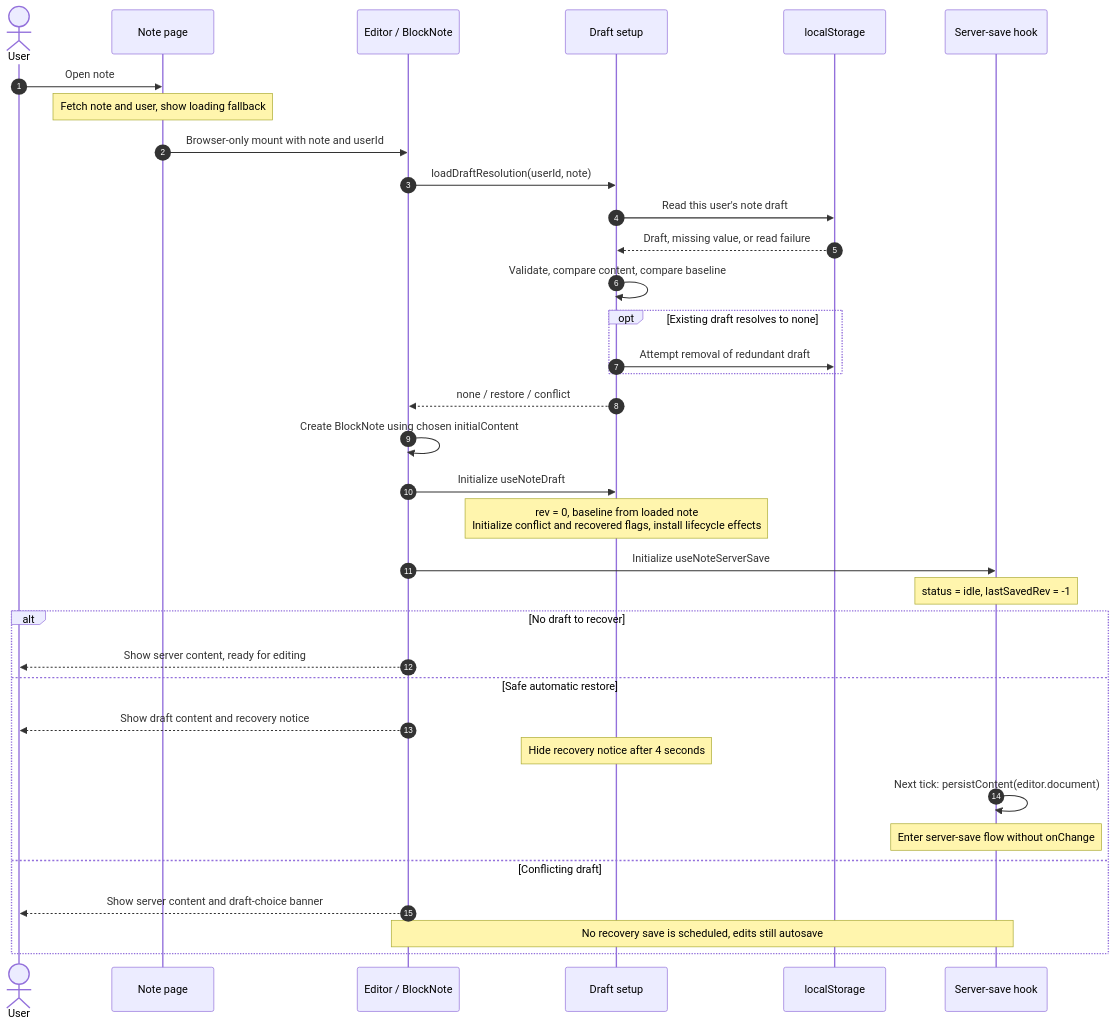
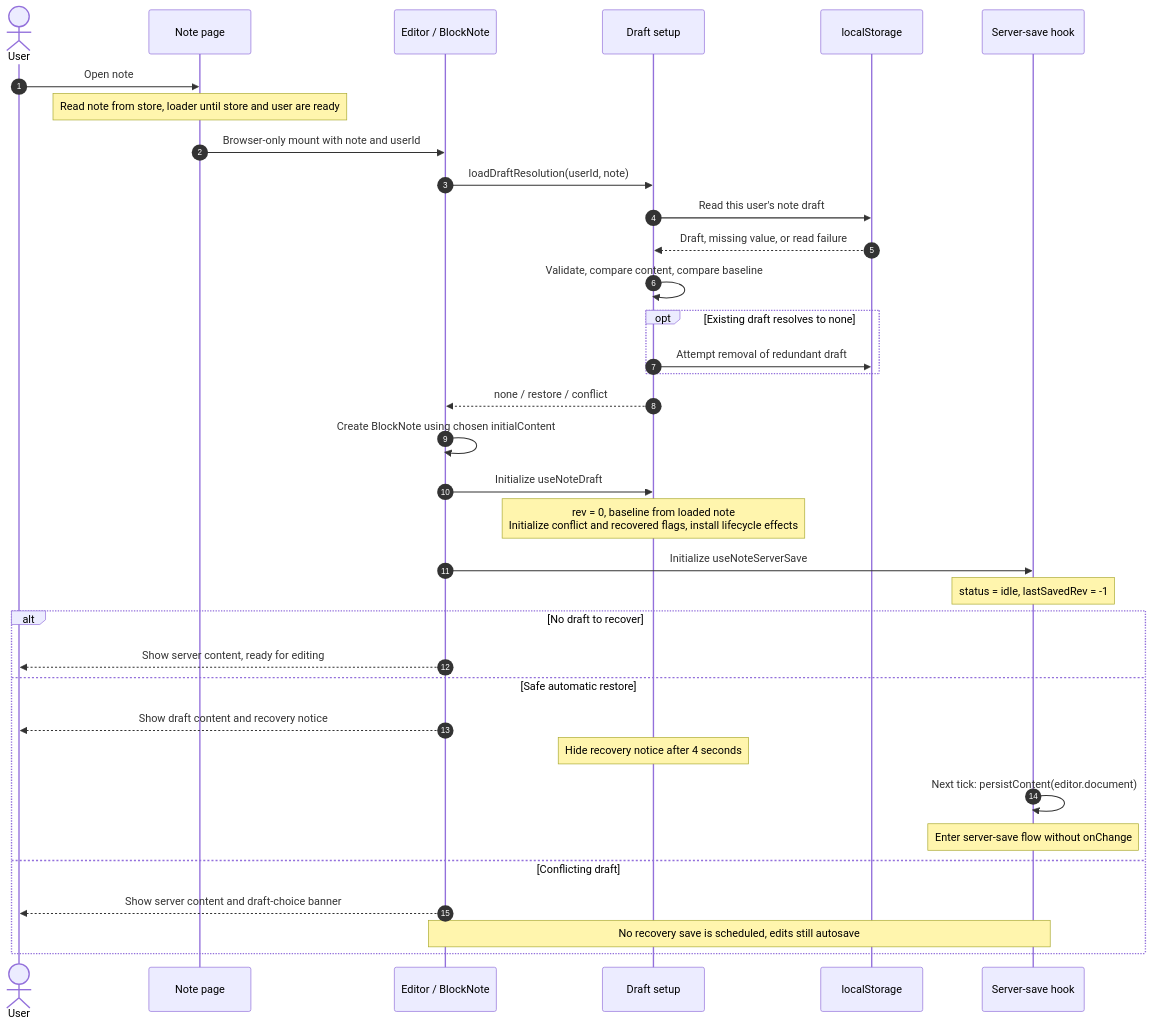
The sixth of 10 diagrams in docs/note-editor-flow.md (youseffswd/note-management), drawn with Mermaid before and after one commit. The commit also changed other lines of this file and 12 other files, not shown here.

````diff
--- a/docs/note-editor-flow.md
+++ b/docs/note-editor-flow.md
@@ -233,37 +233,37 @@
 ```mermaid
 sequenceDiagram
     autonumber
     actor U as User
     participant P as Note page
     participant E as Editor / BlockNote
     participant D as Draft setup
     participant L as localStorage
     participant S as Server-save hook
     U->>P: Open note
-    Note over P: Fetch note and user, show loading fallback
+    Note over P: Read note from store, loader until store and user are ready
     P->>E: Browser-only mount with note and userId
     E->>D: loadDraftResolution(userId, note)
     D->>L: Read this user's note draft
     L-->>D: Draft, missing value, or read failure
     D->>D: Validate, compare content, compare baseline
     opt Existing draft resolves to none
         D->>L: Attempt removal of redundant draft
     end
     D-->>E: none / restore / conflict
     E->>E: Create BlockNote using chosen initialContent
     E->>D: Initialize useNoteDraft
     Note over D: rev = 0, baseline from loaded note<br/>Initialize conflict and recovered flags, install lifecycle effects
     E->>S: Initialize useNoteServerSave
     Note over S: status = idle, lastSavedRev = -1
     alt No draft to recover
         E-->>U: Show server content, ready for editing
     else Safe automatic restore
         E-->>U: Show draft content and recovery notice
         Note over D: Hide recovery notice after 4 seconds
         S->>S: Next tick: persistContent(editor.document)
         Note over S: Enter server-save flow without onChange
     else Conflicting draft
         E-->>U: Show server content and draft-choice banner
         Note over E,S: No recovery save is scheduled, edits still autosave
     end
 ```
````
